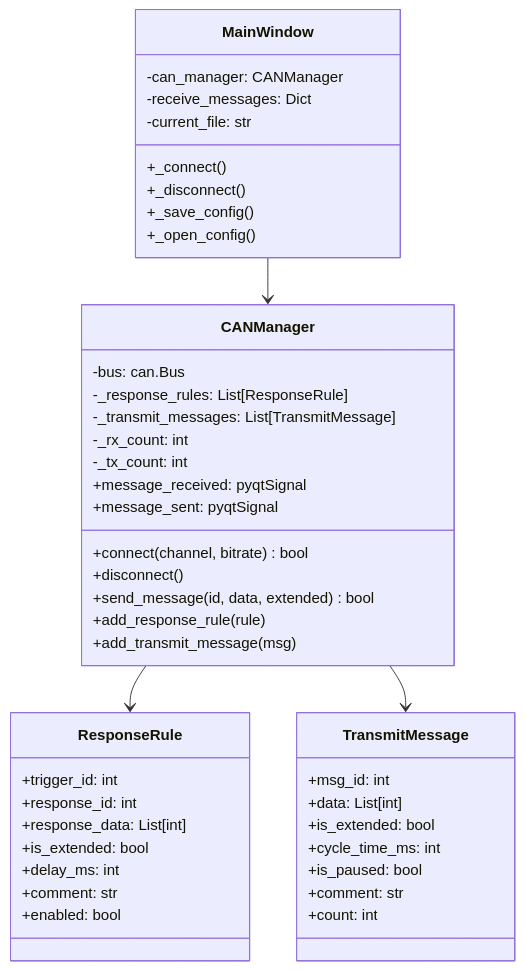
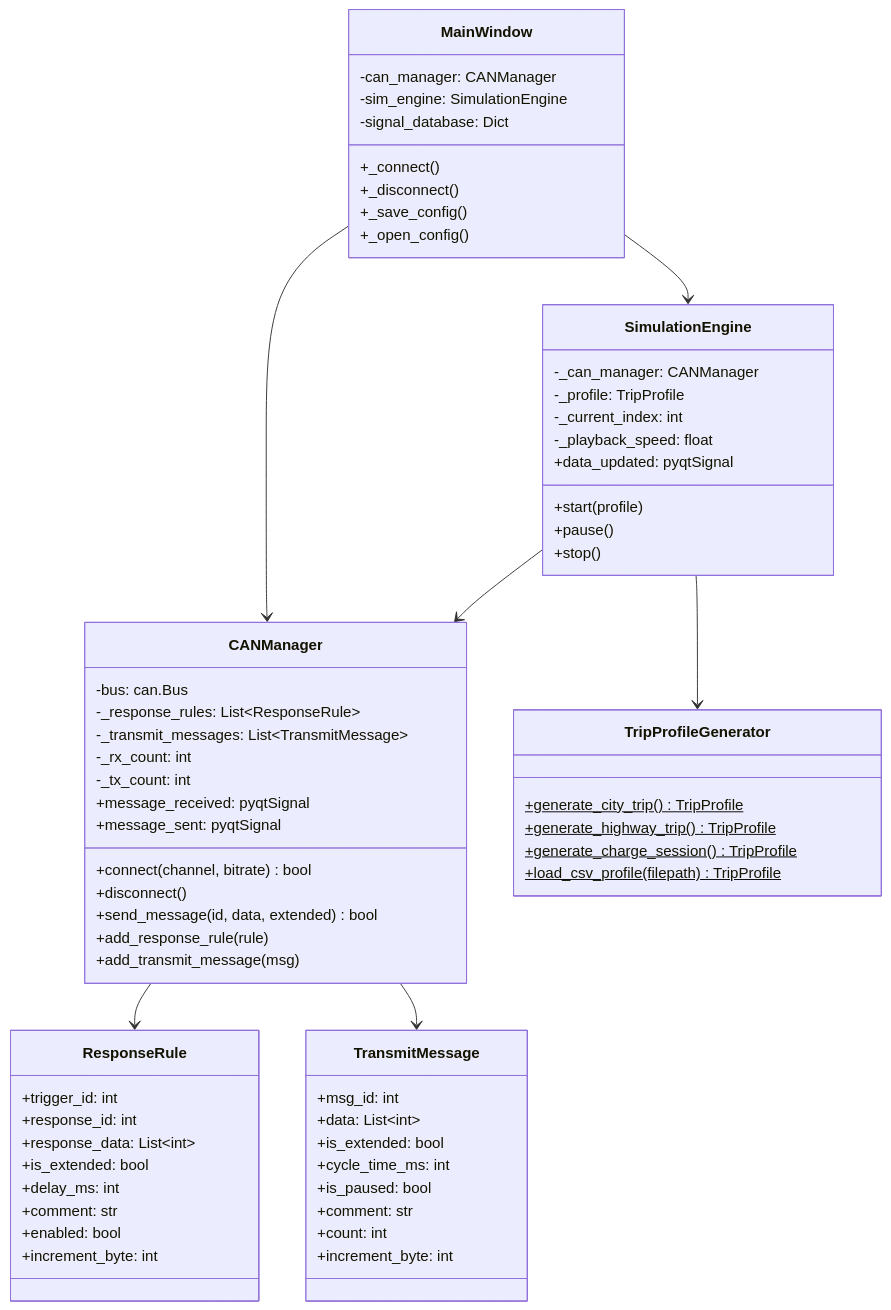
The third of 3 diagrams in docs/architecture.md (joaopef/CANtroller), drawn with Mermaid before and after one commit. The commit also changed other lines of this file and 7 other files, not shown here.

````diff
--- a/docs/architecture.md
+++ b/docs/architecture.md
@@ -122,51 +188,74 @@
 ```mermaid
 classDiagram
     class CANManager {
         -bus: can.Bus
-        -_response_rules: List[ResponseRule]
-        -_transmit_messages: List[TransmitMessage]
+        -_response_rules: List~ResponseRule~
+        -_transmit_messages: List~TransmitMessage~
         -_rx_count: int
         -_tx_count: int
         +connect(channel, bitrate) bool
         +disconnect()
         +send_message(id, data, extended) bool
         +add_response_rule(rule)
         +add_transmit_message(msg)
         +message_received: pyqtSignal
         +message_sent: pyqtSignal
     }
-    
+
     class ResponseRule {
         +trigger_id: int
         +response_id: int
-        +response_data: List[int]
+        +response_data: List~int~
         +is_extended: bool
         +delay_ms: int
         +comment: str
         +enabled: bool
+        +increment_byte: int
     }
-    
+
     class TransmitMessage {
         +msg_id: int
-        +data: List[int]
+        +data: List~int~
         +is_extended: bool
         +cycle_time_ms: int
         +is_paused: bool
         +comment: str
         +count: int
+        +increment_byte: int
     }
-    
+
+    class SimulationEngine {
+        -_can_manager: CANManager
+        -_profile: TripProfile
+        -_current_index: int
+        -_playback_speed: float
+        +start(profile)
+        +pause()
+        +stop()
+        +data_updated: pyqtSignal
+    }
+
+    class TripProfileGenerator {
+        +generate_city_trip()$ TripProfile
+        +generate_highway_trip()$ TripProfile
+        +generate_charge_session()$ TripProfile
+        +load_csv_profile(filepath)$ TripProfile
+    }
+
     class MainWindow {
         -can_manager: CANManager
-        -receive_messages: Dict
-        -current_file: str
+        -sim_engine: SimulationEngine
+        -signal_database: Dict
         +_connect()
         +_disconnect()
         +_save_config()
         +_open_config()
     }
-    
+
     MainWindow --> CANManager
+    MainWindow --> SimulationEngine
+    SimulationEngine --> CANManager
+    SimulationEngine --> TripProfileGenerator
     CANManager --> ResponseRule
     CANManager --> TransmitMessage
 ```
````
